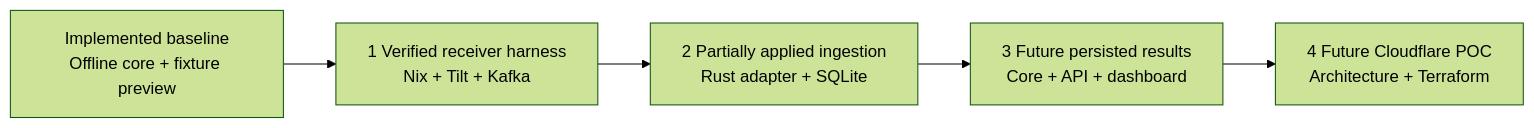
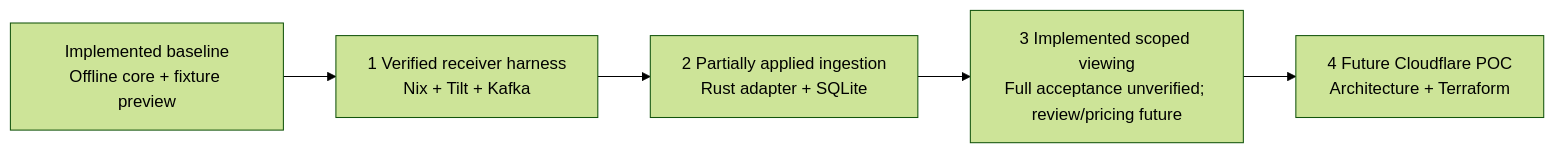
One commit to jestrada/ChargeShare changed the diagram in docs/plan.md. Above: the diagram before and after it, drawn with Mermaid (forest theme). The commit also changed other lines of this file and 34 other files, not shown here.

First line of the commit message:
Deliver scoped persisted viewing from receiver to dashboard (#21) (#29)

````diff
--- a/docs/plan.md
+++ b/docs/plan.md
@@ -22,9 +23,9 @@
 ```mermaid
 flowchart LR
     baseline["Implemented baseline<br/>Offline core + fixture preview"]
     harness["1 Verified receiver harness<br/>Nix + Tilt + Kafka"]
     ingestion["2 Partially applied ingestion<br/>Rust adapter + SQLite"]
-    results["3 Future persisted results<br/>Core + API + dashboard"]
+    results["3 Implemented scoped viewing<br/>Full acceptance unverified; review/pricing future"]
     cloudflare["4 Future Cloudflare POC<br/>Architecture + Terraform"]
     baseline --> harness --> ingestion --> results --> cloudflare
 ```
````
